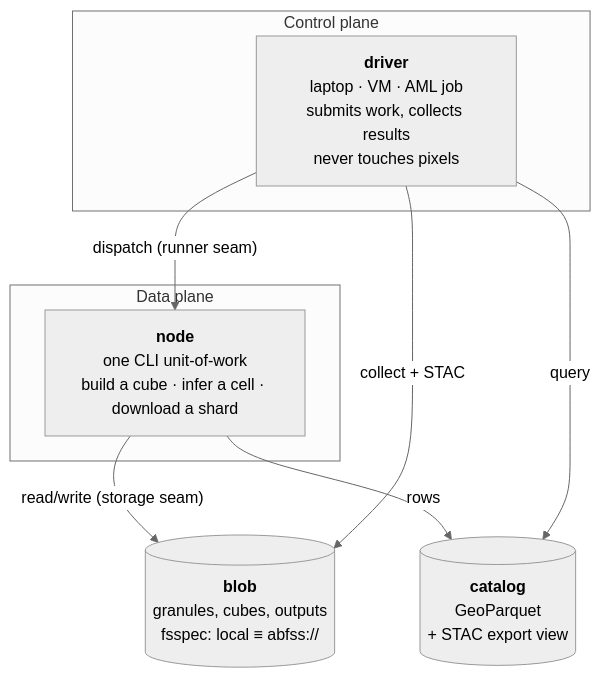
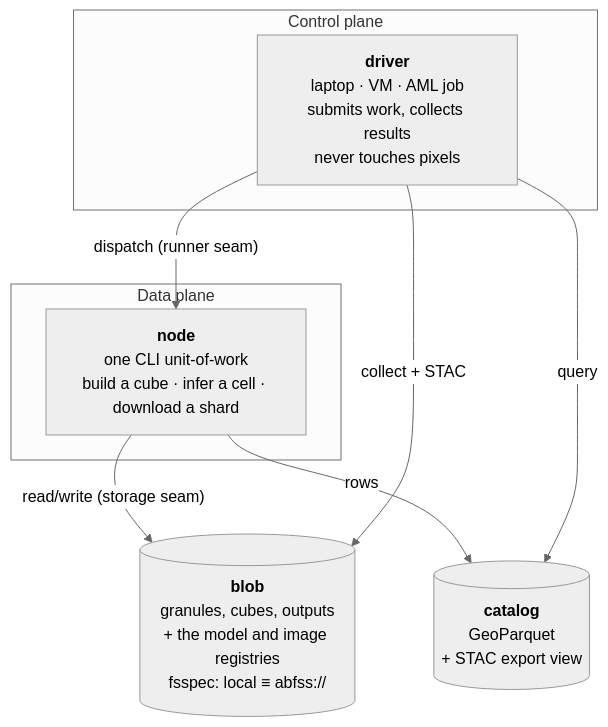
One commit to nikhilsrajan/fsd changed the second of 3 diagrams in ARCHITECTURE.md. Above: the diagram before and after it, drawn with Mermaid (neutral theme). The commit also changed other lines of this file, not shown here.

````diff
--- a/ARCHITECTURE.md
+++ b/ARCHITECTURE.md
@@ -39,16 +39,16 @@
 ```mermaid
 graph TB
   subgraph Control plane
     D["<b>driver</b><br/>laptop · VM · AML job<br/>submits work, collects results<br/>never touches pixels"]
   end
   subgraph Data plane
     N["<b>node</b><br/>one CLI unit-of-work<br/>build a cube · infer a cell · download a shard"]
   end
-  B[("<b>blob</b><br/>granules, cubes, outputs<br/>fsspec: local ≡ abfss://")]
+  B[("<b>blob</b><br/>granules, cubes, outputs<br/>+ the model and image registries<br/>fsspec: local ≡ abfss://")]
   K[("<b>catalog</b><br/>GeoParquet<br/>+ STAC export view")]
   D -->|"dispatch (runner seam)"| N
   N -->|"read/write (storage seam)"| B
   N -->|rows| K
   D -->|query| K
   D -->|"collect + STAC"| B
 ```
````
